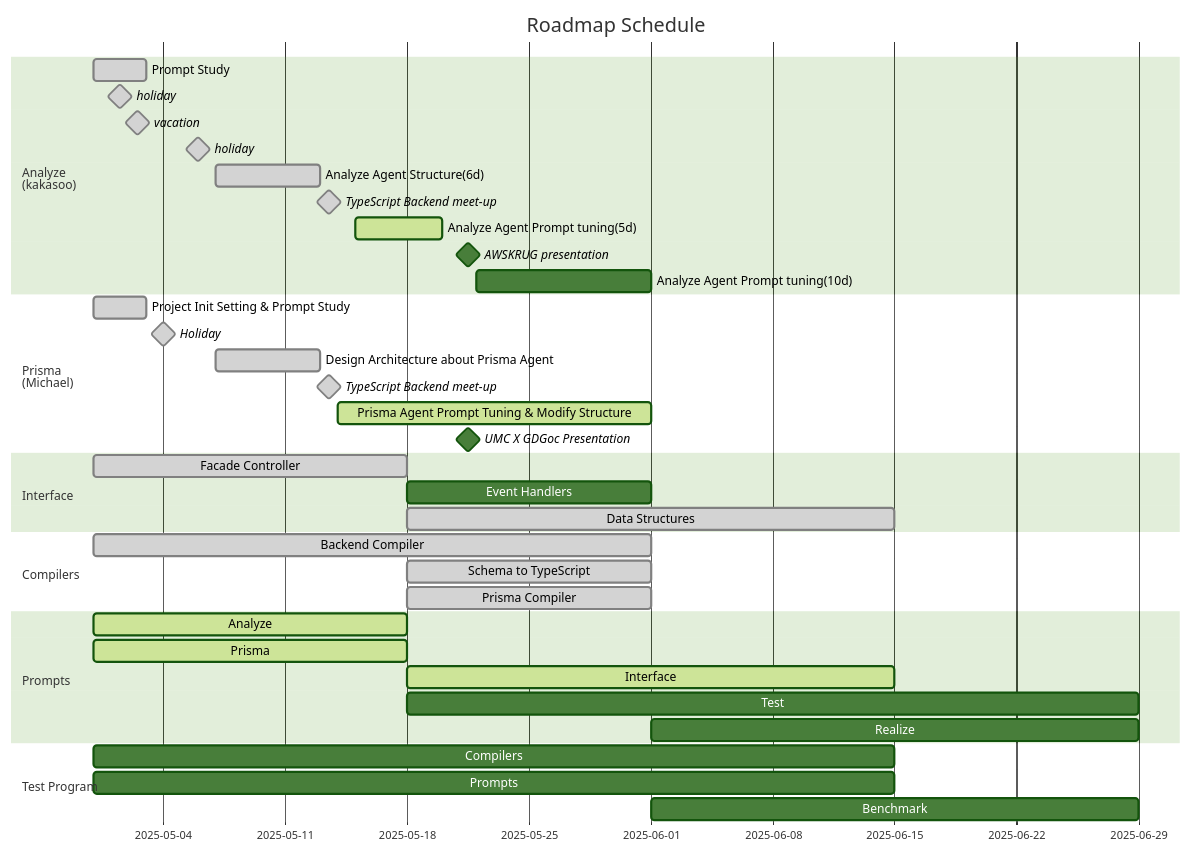
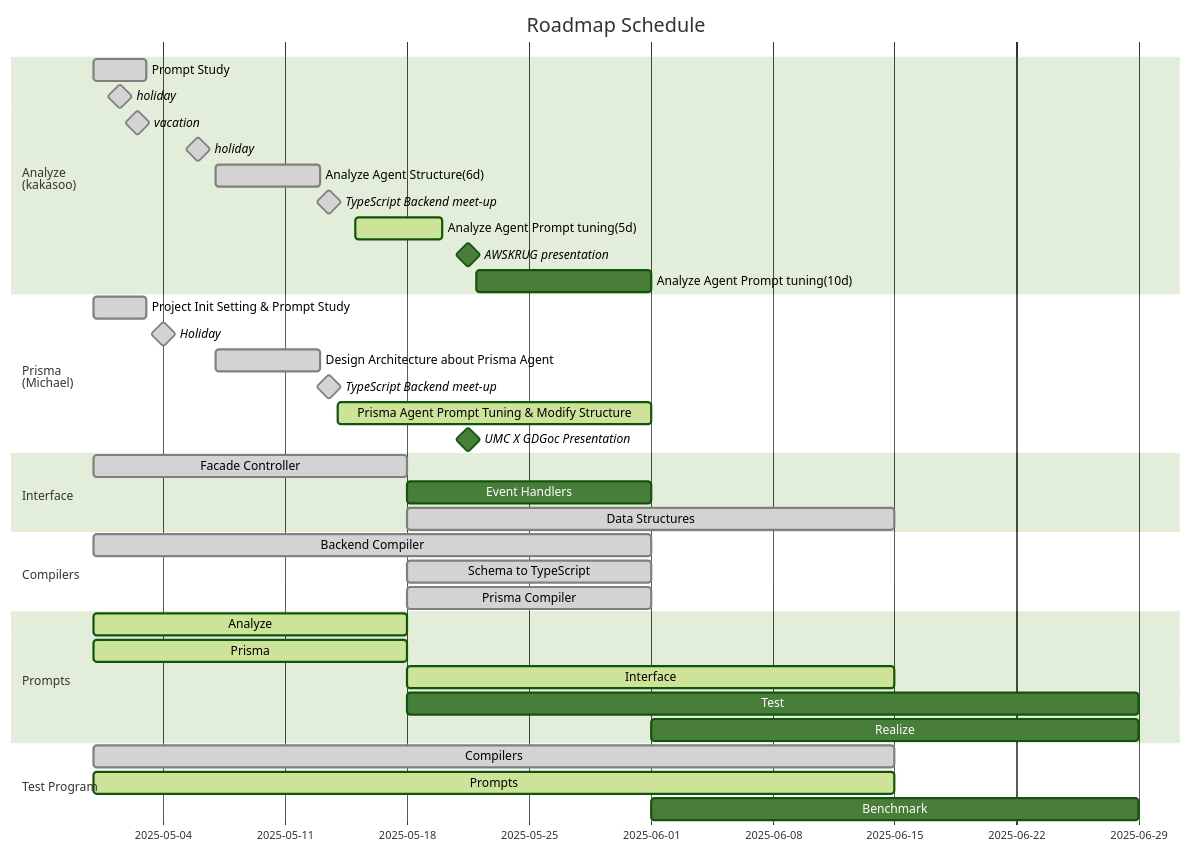
The third of 3 diagrams in README.md (RavenView-ai/autobe), drawn with Mermaid (forest theme) before and after one commit.

Commit message:
Update roadmap schedule gantt chart

````diff
--- a/README.md
+++ b/README.md
@@ -398,47 +398,47 @@
 ```mermaid
 gantt
   dateFormat YYYY-MM-DD
   title Roadmap Schedule
 
   section Analyze<br>(kakasoo)
   Prompt Study: done, 2025-04-30, 3d
   holiday: milestone, done, 2025-05-01, 1d
   vacation: milestone, done, 2025-05-02, 1d
   holiday: milestone, done, 2025-05-05, 2d
   Analyze Agent Structure(6d): done, 2025-05-07, 6d
   TypeScript Backend meet-up: milestone, done, 2025-05-13, 1d
   Analyze Agent Prompt tuning(5d): active, 2025-05-15, 5d
   AWSKRUG presentation: milestone, 2025-05-21, 1d
   Analyze Agent Prompt tuning(10d):, 2025-05-22, 10d
 
   section Prisma<br>(Michael)
   Project Init Setting & Prompt Study: done, 2025-04-30, 3d
   Holiday: milestone, done, 2025-05-01, 6d
   Design Architecture about Prisma Agent: done, 2025-05-07, 6d
   TypeScript Backend meet-up: milestone, done, 2025-05-13, 1d
   Prisma Agent Prompt Tuning & Modify Structure: active, 2025-05-14, 18d
   UMC X GDGoc Presentation: milestone, 2025-05-21, 1d
 
   
   section Interface
   Facade Controller: done, 2025-04-30, 18d
   Event Handlers:          2025-05-18, 14d
   Data Structures:   done, 2025-05-18, 28d
 
   section Compilers
   Backend Compiler:     done, 2025-04-30, 32d
   Schema to TypeScript: done, 2025-05-18, 14d
   Prisma Compiler:      done, 2025-05-18, 14d
 
   section Prompts
   Analyze  : active, 2025-04-30, 18d
   Prisma   : active, 2025-04-30, 18d
   Interface: active, 2025-05-18, 28d
   Test     : 2025-05-18, 42d
   Realize  : 2025-06-01, 28d
 
   section Test Program
-  Compilers: 2025-04-30, 46d
-  Prompts:   2025-04-30, 46d
+  Compilers: done, 2025-04-30, 46d
+  Prompts:   active, 2025-04-30, 46d
   Benchmark: 2025-06-01, 28d
 ```
````
